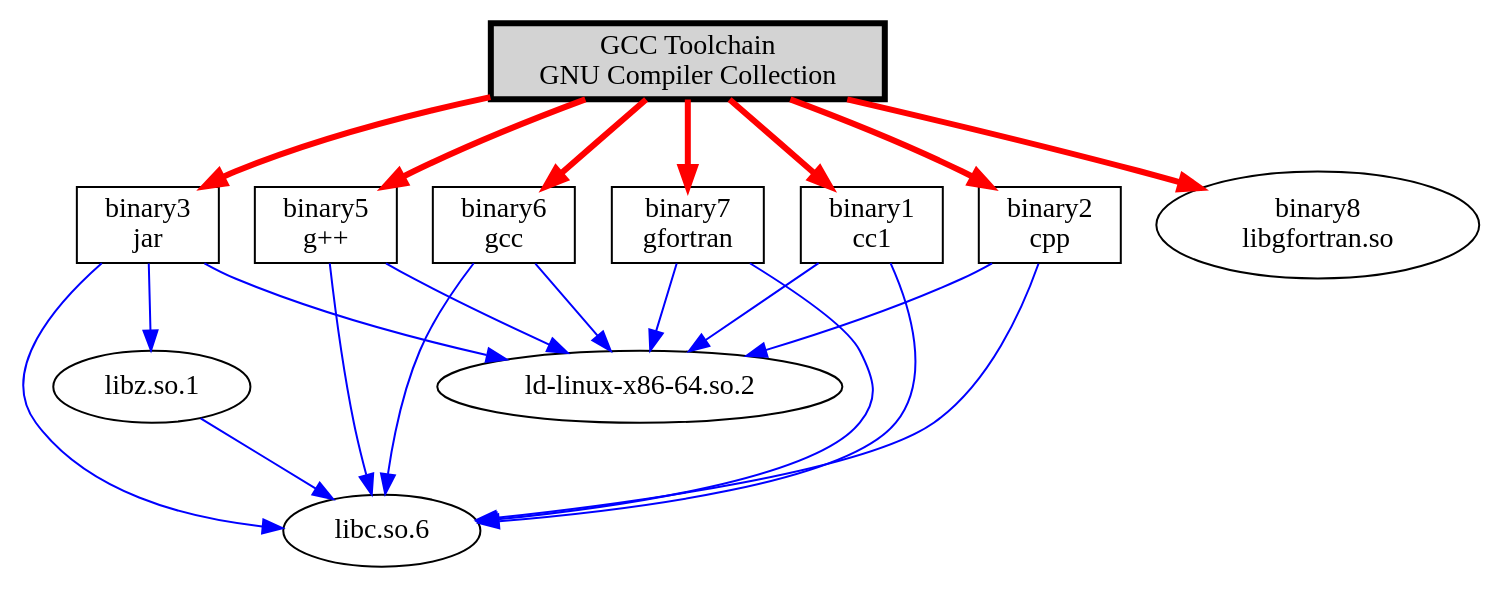
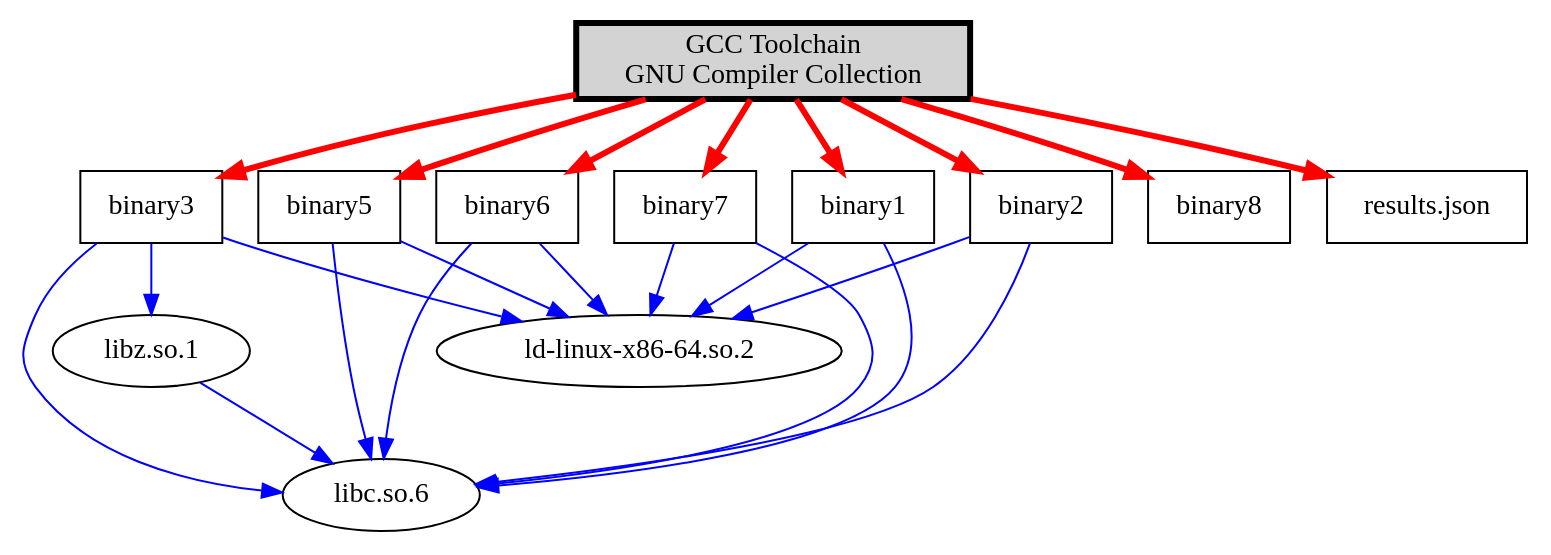
Before and after one commit to p7k-S/ISPuaro: the diagram in scripts/sbom_graph.dot, drawn with Graphviz. The commit also changed 3 other files, not shown here.

```diff
--- a/scripts/sbom_graph.dot
+++ b/scripts/sbom_graph.dot
@@ -1,38 +1,40 @@
 digraph SBOM {
     node [shape=record];
     // Metadata
     // Platform: x86_64-linux-gnu (x86_64)
     // Description: GNU Compiler Collection
     "pkg:deb/debian/gcc@4.1.2" [label="GCC Toolchain\nGNU Compiler Collection", shape=box, style="bold,filled", fillcolor=lightgray, penwidth=3];
-    "2bc75fa5ad779c5329d271546bcf9f65" [label="binary1\ncc1", shape=box];
+    "2bc75fa5ad779c5329d271546bcf9f65" [label="binary1\n", shape=box];
     "pkg:deb/debian/gcc@4.1.2" -> "2bc75fa5ad779c5329d271546bcf9f65" [color=red, style=bold, penwidth=3];
     "2bc75fa5ad779c5329d271546bcf9f65" -> "009a09df458d78514d3f7324b74da26c" [color=blue];
     "2bc75fa5ad779c5329d271546bcf9f65" -> "786209f5ea18ea186d34979aa51f3343" [color=blue];
     "009a09df458d78514d3f7324b74da26c" [label="libc.so.6\n", shape=ellipse];
     "786209f5ea18ea186d34979aa51f3343" [label="ld-linux-x86-64.so.2\n", shape=ellipse];
-    "2f25beac43c57116de46e227db57d08b" [label="binary2\ncpp", shape=box];
+    "2f25beac43c57116de46e227db57d08b" [label="binary2\n", shape=box];
     "pkg:deb/debian/gcc@4.1.2" -> "2f25beac43c57116de46e227db57d08b" [color=red, style=bold, penwidth=3];
     "2f25beac43c57116de46e227db57d08b" -> "009a09df458d78514d3f7324b74da26c" [color=blue];
     "2f25beac43c57116de46e227db57d08b" -> "786209f5ea18ea186d34979aa51f3343" [color=blue];
-    "ca21ec459bc61bf3f37b802de95643b5" [label="binary3\njar", shape=box];
+    "ca21ec459bc61bf3f37b802de95643b5" [label="binary3\n", shape=box];
     "pkg:deb/debian/gcc@4.1.2" -> "ca21ec459bc61bf3f37b802de95643b5" [color=red, style=bold, penwidth=3];
     "ca21ec459bc61bf3f37b802de95643b5" -> "a472f69d270ee71120f52afd509771bc" [color=blue];
     "ca21ec459bc61bf3f37b802de95643b5" -> "009a09df458d78514d3f7324b74da26c" [color=blue];
     "ca21ec459bc61bf3f37b802de95643b5" -> "786209f5ea18ea186d34979aa51f3343" [color=blue];
     "a472f69d270ee71120f52afd509771bc" [label="libz.so.1\n", shape=ellipse];
     "a472f69d270ee71120f52afd509771bc" -> "009a09df458d78514d3f7324b74da26c" [color=blue];
-    "9d7a37a8d8926db082066c37ff6852fc" [label="binary5\ng++", shape=box];
+    "9d7a37a8d8926db082066c37ff6852fc" [label="binary5\n", shape=box];
     "pkg:deb/debian/gcc@4.1.2" -> "9d7a37a8d8926db082066c37ff6852fc" [color=red, style=bold, penwidth=3];
     "9d7a37a8d8926db082066c37ff6852fc" -> "009a09df458d78514d3f7324b74da26c" [color=blue];
     "9d7a37a8d8926db082066c37ff6852fc" -> "786209f5ea18ea186d34979aa51f3343" [color=blue];
-    "146b59f46d09b9234d28aa1db18a8e88" [label="binary6\ngcc", shape=box];
+    "146b59f46d09b9234d28aa1db18a8e88" [label="binary6\n", shape=box];
     "pkg:deb/debian/gcc@4.1.2" -> "146b59f46d09b9234d28aa1db18a8e88" [color=red, style=bold, penwidth=3];
     "146b59f46d09b9234d28aa1db18a8e88" -> "009a09df458d78514d3f7324b74da26c" [color=blue];
     "146b59f46d09b9234d28aa1db18a8e88" -> "786209f5ea18ea186d34979aa51f3343" [color=blue];
-    "40aa837904b50328ebbf3a3380e966dc" [label="binary7\ngfortran", shape=box];
+    "40aa837904b50328ebbf3a3380e966dc" [label="binary7\n", shape=box];
     "pkg:deb/debian/gcc@4.1.2" -> "40aa837904b50328ebbf3a3380e966dc" [color=red, style=bold, penwidth=3];
     "40aa837904b50328ebbf3a3380e966dc" -> "009a09df458d78514d3f7324b74da26c" [color=blue];
     "40aa837904b50328ebbf3a3380e966dc" -> "786209f5ea18ea186d34979aa51f3343" [color=blue];
-    "26baa7feee82f39e2738cfe1f603d776" [label="binary8\nlibgfortran.so", shape=ellipse];
+    "26baa7feee82f39e2738cfe1f603d776" [label="binary8\n", shape=box];
     "pkg:deb/debian/gcc@4.1.2" -> "26baa7feee82f39e2738cfe1f603d776" [color=red, style=bold, penwidth=3];
+    "04ec9a192583fb263810d342a9d2ae93" [label="results.json\n", shape=box];
+    "pkg:deb/debian/gcc@4.1.2" -> "04ec9a192583fb263810d342a9d2ae93" [color=red, style=bold, penwidth=3];
 }
```
